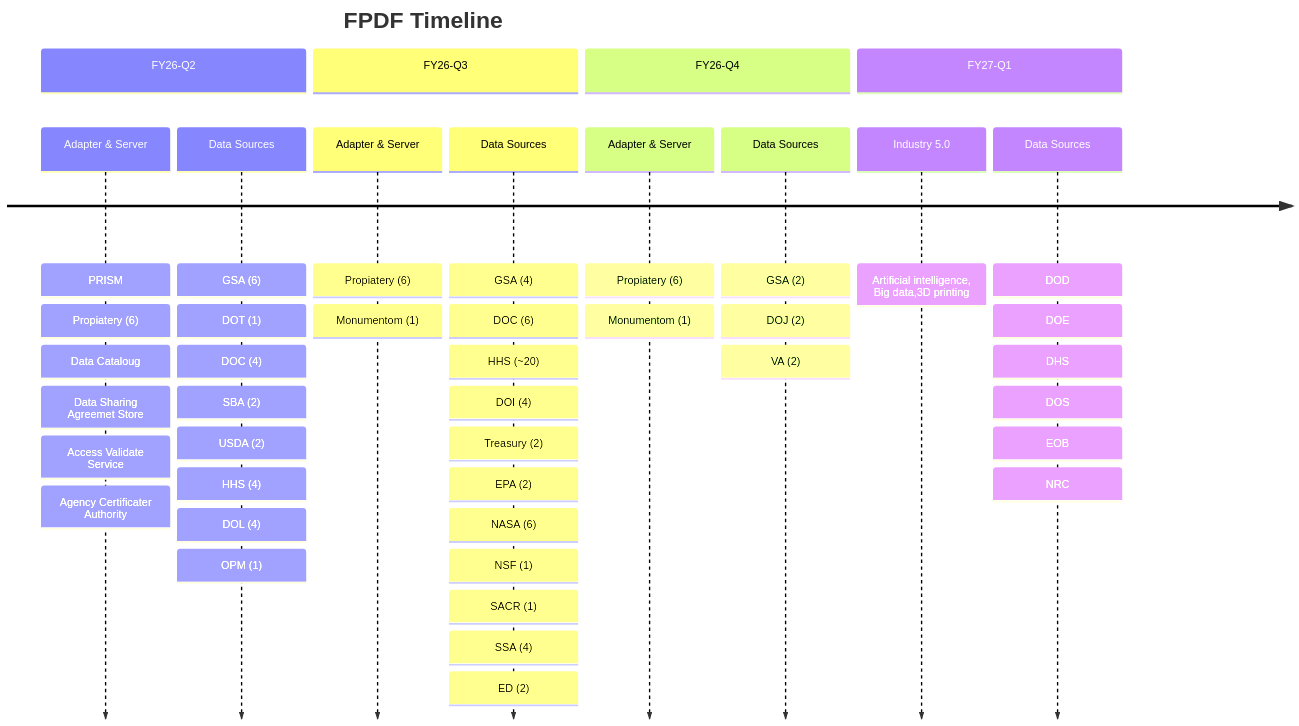
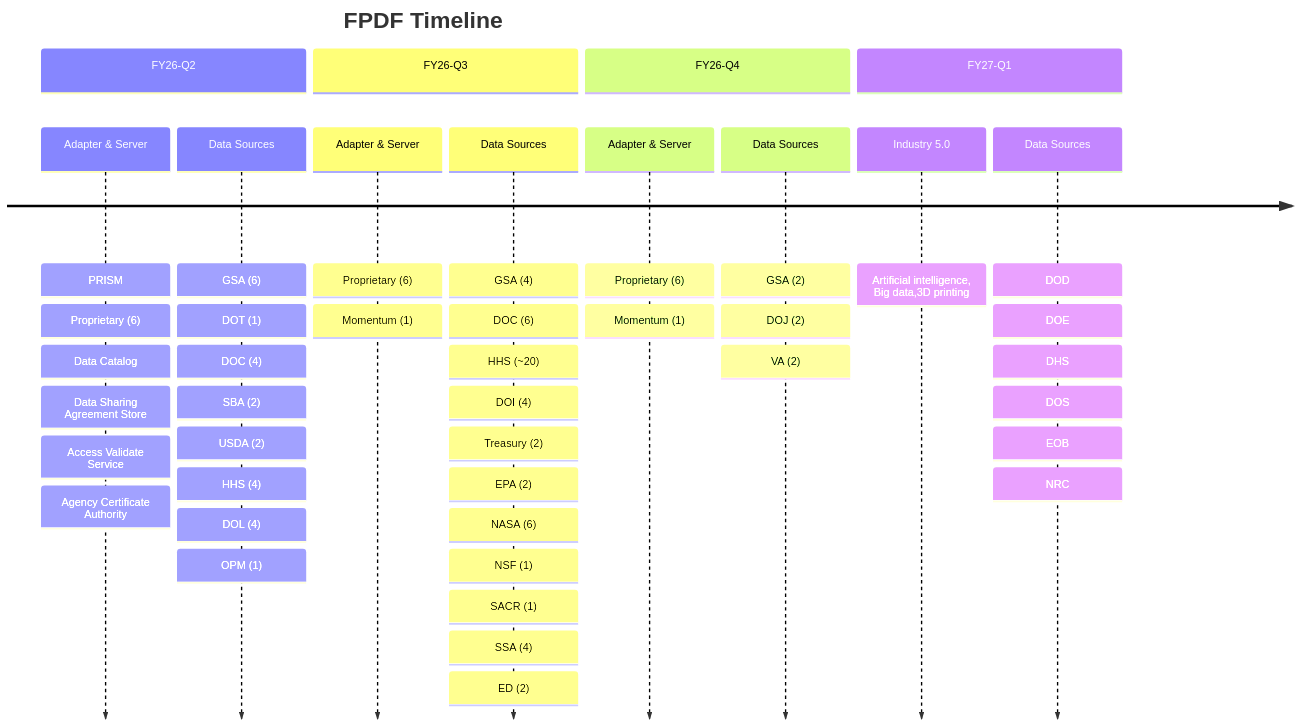
The first of 2 diagrams in timeline.md (adam-grandt-tts/white-paper), drawn with Mermaid before and after one commit. The commit also changed other lines of this file, not shown here.

````diff
--- a/timeline.md
+++ b/timeline.md
@@ -1,17 +1,17 @@
 ```mermaid 
 
 timeline
 	title FPDF Timeline
 	section FY26-Q2
-		Adapter & Server: PRISM : Propiatery (6) : Data Cataloug : Data Sharing Agreemet Store : Access Validate Service : Agency Certificater Authority
+		Adapter & Server: PRISM : Proprietary (6) : Data Catalog : Data Sharing Agreement Store : Access Validate Service : Agency Certificate Authority
 		Data Sources : GSA (6) : DOT (1) : DOC (4) : SBA (2) : USDA (2) : HHS (4) : DOL (4) : OPM (1) 
 	section FY26-Q3
-		Adapter & Server: Propiatery (6) : Monumentom (1)
+		Adapter & Server: Proprietary (6) : Momentum (1)
 		Data Sources : GSA (4) : DOC (6) :  HHS (~20) : DOI (4) : Treasury (2) : EPA (2) : NASA (6) : NSF (1) : SACR (1) : SSA (4) : ED (2)
 	section FY26-Q4
-		Adapter & Server: Propiatery (6) : Monumentom (1)
+		Adapter & Server: Proprietary (6) : Momentum (1)
 		Data Sources : GSA (2) : DOJ (2) : VA (2)
 	section FY27-Q1
 		Industry 5.0 : Artificial intelligence, Big data,3D printing
 		Data Sources : DOD : DOE : DHS : DOS : EOB : NRC
 ```
````
